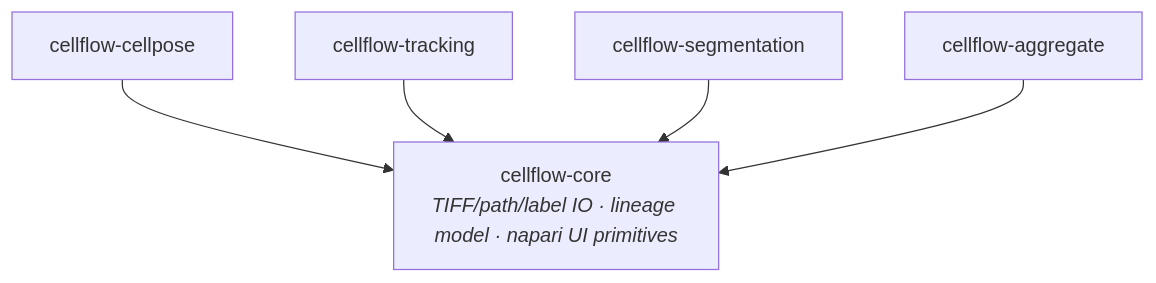
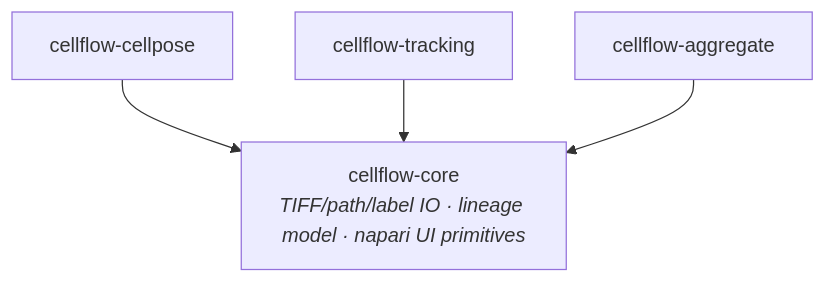
One commit to ArturRuppel/ITASC changed the diagram in docs/development/architecture.md. Above: the diagram before and after it, drawn with Mermaid. The commit also changed other lines of this file and 15 other files, not shown here.

First line of the commit message:
refactor(napari): trim plugin menu to 4 tools; retire cellflow-segmentation wheel

````diff
--- a/docs/development/architecture.md
+++ b/docs/development/architecture.md
@@ -13,12 +13,10 @@
 ```{mermaid}
 flowchart TD
     core["cellflow-core<br/><i>TIFF/path/label IO · lineage model · napari UI primitives</i>"]
     cp["cellflow-cellpose"]
     trk["cellflow-tracking"]
-    seg["cellflow-segmentation"]
     agg["cellflow-aggregate"]
     cp --> core
     trk --> core
-    seg --> core
     agg --> core
 ```
````
